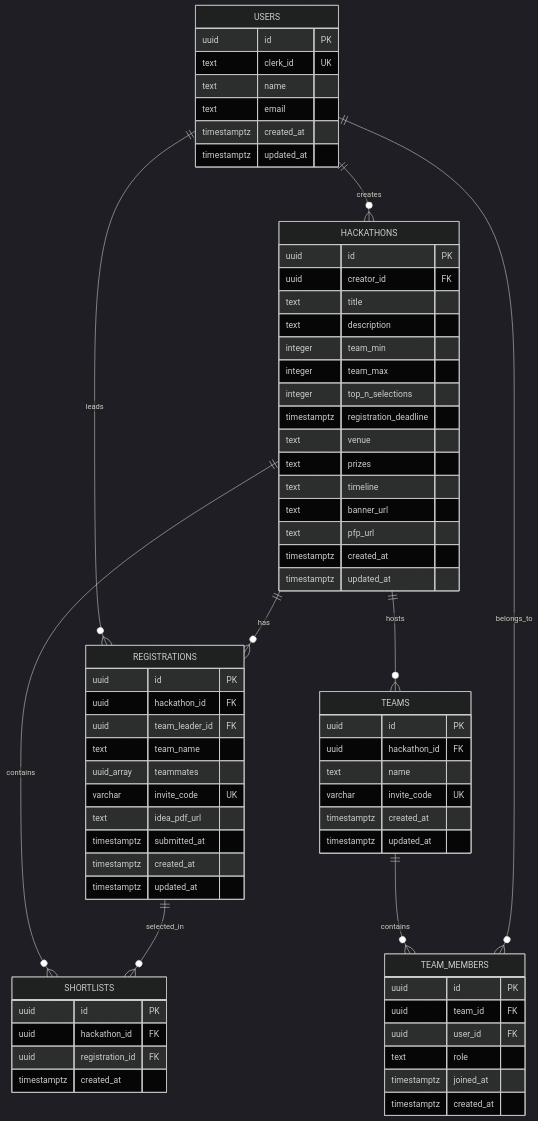
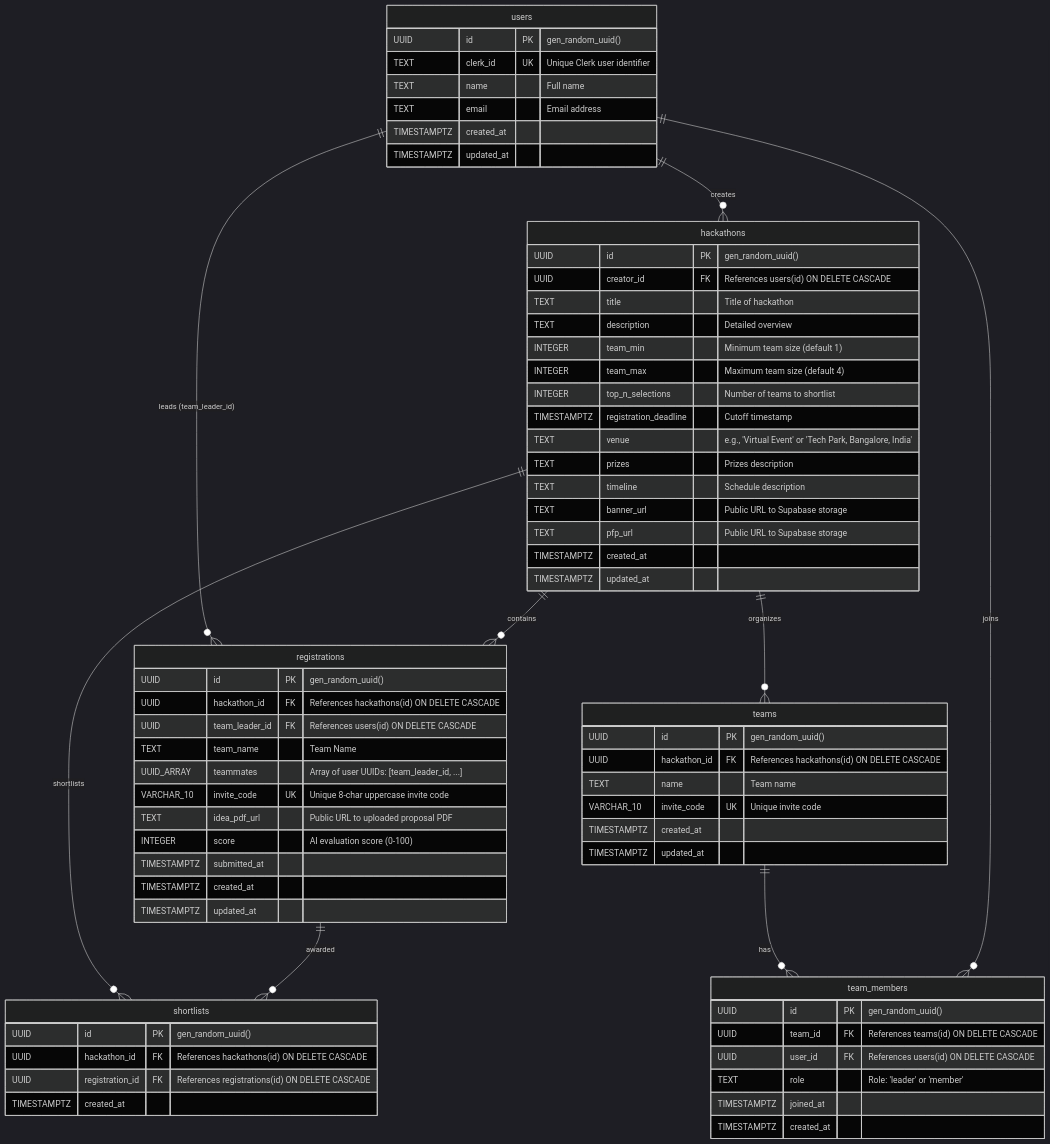
Before and after one commit to thebiggun/HackNect: the diagram in context.md, drawn with Mermaid (dark theme). The commit also changed other lines of this file and 8 other files, not shown here.

````diff
--- a/context.md
+++ b/context.md
@@ -91,76 +240,77 @@
 ```mermaid
 erDiagram
-    USERS ||--o{ HACKATHONS : "creates"
-    USERS ||--o{ REGISTRATIONS : "leads"
-    HACKATHONS ||--o{ REGISTRATIONS : "has"
-    HACKATHONS ||--o{ SHORTLISTS : "contains"
-    REGISTRATIONS ||--o{ SHORTLISTS : "selected_in"
-    HACKATHONS ||--o{ TEAMS : "hosts"
-    TEAMS ||--o{ TEAM_MEMBERS : "contains"
-    USERS ||--o{ TEAM_MEMBERS : "belongs_to"
+    users ||--o{ hackathons : "creates"
+    users ||--o{ registrations : "leads (team_leader_id)"
+    hackathons ||--o{ registrations : "contains"
+    hackathons ||--o{ shortlists : "shortlists"
+    registrations ||--o{ shortlists : "awarded"
+    hackathons ||--o{ teams : "organizes"
+    teams ||--o{ team_members : "has"
+    users ||--o{ team_members : "joins"
 
-    USERS {
-        uuid id PK
-        text clerk_id UK
-        text name
-        text email
-        timestamptz created_at
-        timestamptz updated_at
+    users {
+        UUID id PK "gen_random_uuid()"
+        TEXT clerk_id UK "Unique Clerk user identifier"
+        TEXT name "Full name"
+        TEXT email "Email address"
+        TIMESTAMPTZ created_at
+        TIMESTAMPTZ updated_at
     }
 
-    HACKATHONS {
-        uuid id PK
-        uuid creator_id FK
-        text title
-        text description
-        integer team_min
-        integer team_max
-        integer top_n_selections
-        timestamptz registration_deadline
-        text venue
-        text prizes
-        text timeline
-        text banner_url
-        text pfp_url
-        timestamptz created_at
-        timestamptz updated_at
+    hackathons {
+        UUID id PK "gen_random_uuid()"
+        UUID creator_id FK "References users(id) ON DELETE CASCADE"
+        TEXT title "Title of hackathon"
+        TEXT description "Detailed overview"
+        INTEGER team_min "Minimum team size (default 1)"
+        INTEGER team_max "Maximum team size (default 4)"
+        INTEGER top_n_selections "Number of teams to shortlist"
+        TIMESTAMPTZ registration_deadline "Cutoff timestamp"
+        TEXT venue "e.g., 'Virtual Event' or 'Tech Park, Bangalore, India'"
+        TEXT prizes "Prizes description"
+        TEXT timeline "Schedule description"
+        TEXT banner_url "Public URL to Supabase storage"
+        TEXT pfp_url "Public URL to Supabase storage"
+        TIMESTAMPTZ created_at
+        TIMESTAMPTZ updated_at
     }
 
-    REGISTRATIONS {
-        uuid id PK
-        uuid hackathon_id FK
-        uuid team_leader_id FK
-        text team_name
-        uuid_array teammates
-        varchar invite_code UK
-        text idea_pdf_url
-        timestamptz submitted_at
-        timestamptz created_at
-        timestamptz updated_at
+    registrations {
+        UUID id PK "gen_random_uuid()"
+        UUID hackathon_id FK "References hackathons(id) ON DELETE CASCADE"
+        UUID team_leader_id FK "References users(id) ON DELETE CASCADE"
+        TEXT team_name "Team Name"
+        UUID_ARRAY teammates "Array of user UUIDs: [team_leader_id, ...]"
+        VARCHAR_10 invite_code UK "Unique 8-char uppercase invite code"
+        TEXT idea_pdf_url "Public URL to uploaded proposal PDF"
+        INTEGER score "AI evaluation score (0-100)"
+        TIMESTAMPTZ submitted_at
+        TIMESTAMPTZ created_at
+        TIMESTAMPTZ updated_at
     }
 
-    SHORTLISTS {
-        uuid id PK
-        uuid hackathon_id FK
-        uuid registration_id FK
-        timestamptz created_at
+    shortlists {
+        UUID id PK "gen_random_uuid()"
+        UUID hackathon_id FK "References hackathons(id) ON DELETE CASCADE"
+        UUID registration_id FK "References registrations(id) ON DELETE CASCADE"
+        TIMESTAMPTZ created_at
     }
 
-    TEAMS {
-        uuid id PK
-        uuid hackathon_id FK
-        text name
-        varchar invite_code UK
-        timestamptz created_at
-        timestamptz updated_at
+    teams {
+        UUID id PK "gen_random_uuid()"
+        UUID hackathon_id FK "References hackathons(id) ON DELETE CASCADE"
+        TEXT name "Team name"
+        VARCHAR_10 invite_code UK "Unique invite code"
+        TIMESTAMPTZ created_at
+        TIMESTAMPTZ updated_at
     }
 
-    TEAM_MEMBERS {
-        uuid id PK
-        uuid team_id FK
-        uuid user_id FK
-        text role
-        timestamptz joined_at
-        timestamptz created_at
+    team_members {
+        UUID id PK "gen_random_uuid()"
+        UUID team_id FK "References teams(id) ON DELETE CASCADE"
+        UUID user_id FK "References users(id) ON DELETE CASCADE"
+        TEXT role "Role: 'leader' or 'member'"
+        TIMESTAMPTZ joined_at
+        TIMESTAMPTZ created_at
     }
 ```
````
